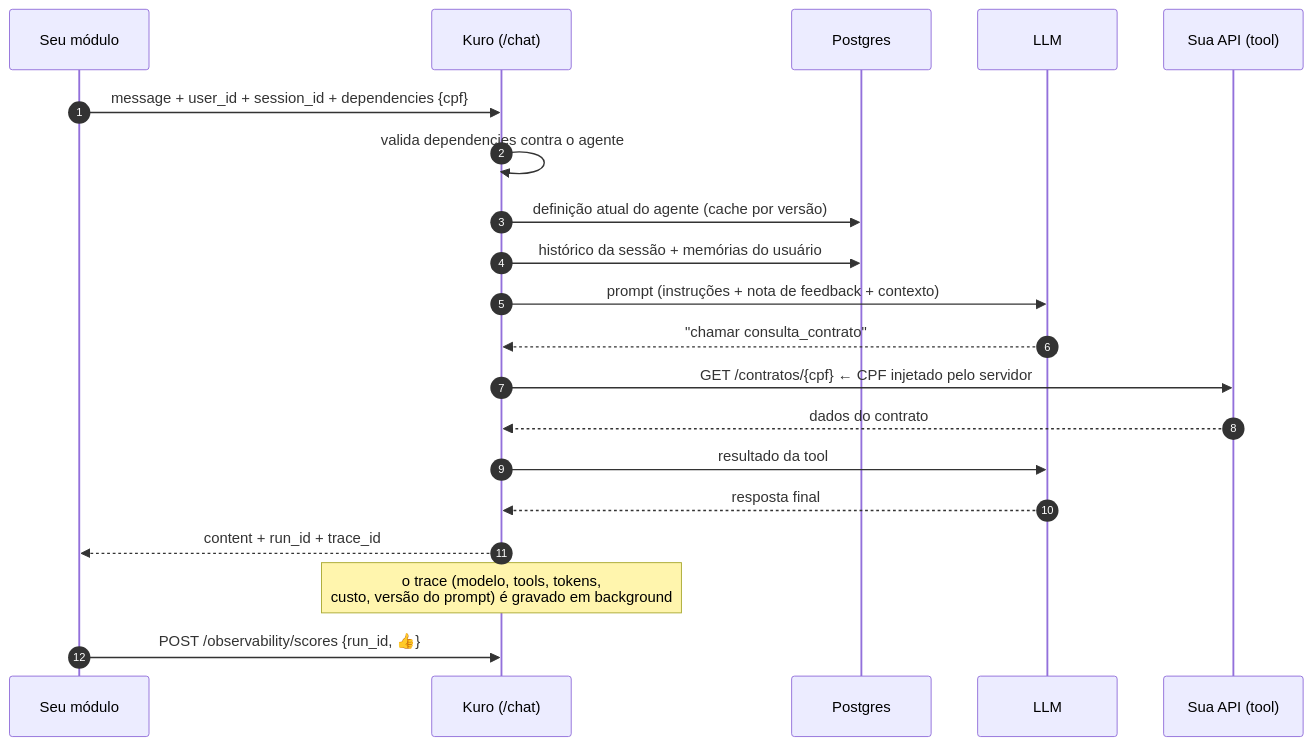
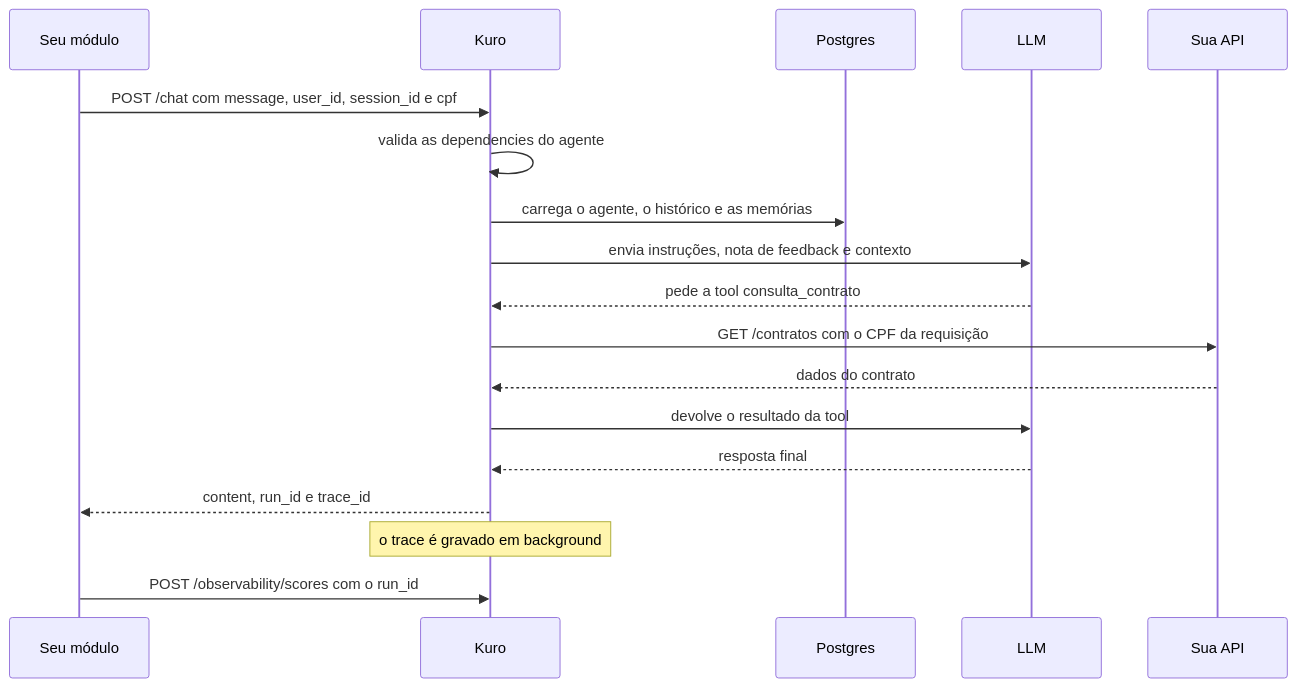
Before and after one commit to Arthur-Marques-IA/microservice_agents: the second of 6 diagrams in README.md, drawn with Mermaid. The commit also changed other lines of this file, not shown here.

First line of the commit message:
docs: conserta diagramas do README e foca a CLI em uv run kuro

````diff
--- a/README.md
+++ b/README.md
@@ -117,23 +117,21 @@
 ```mermaid
 sequenceDiagram
-    autonumber
     participant C as Seu módulo
-    participant K as Kuro (/chat)
+    participant K as Kuro
     participant DB as Postgres
     participant L as LLM
-    participant T as Sua API (tool)
+    participant T as Sua API
 
-    C->>K: message + user_id + session_id + dependencies {cpf}
-    K->>K: valida dependencies contra o agente
-    K->>DB: definição atual do agente (cache por versão)
-    K->>DB: histórico da sessão + memórias do usuário
-    K->>L: prompt (instruções + nota de feedback + contexto)
-    L-->>K: "chamar consulta_contrato"
-    K->>T: GET /contratos/{cpf}  ← CPF injetado pelo servidor
+    C->>K: POST /chat com message, user_id, session_id e cpf
+    K->>K: valida as dependencies do agente
+    K->>DB: carrega o agente, o histórico e as memórias
+    K->>L: envia instruções, nota de feedback e contexto
+    L-->>K: pede a tool consulta_contrato
+    K->>T: GET /contratos com o CPF da requisição
     T-->>K: dados do contrato
-    K->>L: resultado da tool
+    K->>L: devolve o resultado da tool
     L-->>K: resposta final
-    K-->>C: content + run_id + trace_id
-    Note over K: o trace (modelo, tools, tokens,<br/>custo, versão do prompt) é gravado em background
-    C->>K: POST /observability/scores {run_id, 👍}
+    K-->>C: content, run_id e trace_id
+    Note over K: o trace é gravado em background
+    C->>K: POST /observability/scores com o run_id
 ```
````
